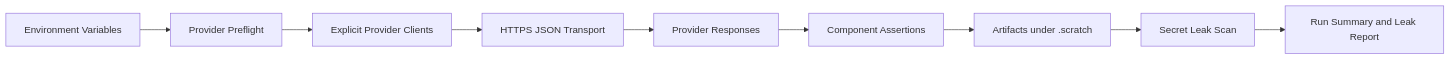
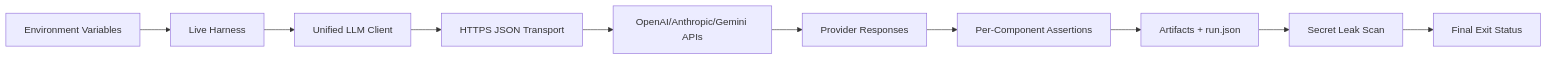
The fourth of 5 diagrams in docs/sprints/SPRINT-004-comprehensive-implementation-plan.md (jaytaylor/attractor-tcl), drawn with Mermaid before and after one commit. The commit also changed other lines of this file, not shown here.

Commit message:
docs: sync sprint 004 comprehensive plan to verified complete state

````diff
--- a/docs/sprints/SPRINT-004-comprehensive-implementation-plan.md
+++ b/docs/sprints/SPRINT-004-comprehensive-implementation-plan.md
@@ -1154,11 +1346,13 @@
 ```mermaid
+%% Source: .scratch/diagrams/sprint-004/implementation-plan/dataflow.mmd
 flowchart LR
-  ENV[Environment Variables] --> PREFLIGHT[Provider Preflight]
-  PREFLIGHT --> CLIENTS[Explicit Provider Clients]
-  CLIENTS --> HTTP[HTTPS JSON Transport]
-  HTTP --> RESP[Provider Responses]
-  RESP --> ASSERT[Component Assertions]
-  ASSERT --> ART[Artifacts under .scratch]
+  ENV[Environment Variables] --> HARNESS[Live Harness]
+  HARNESS --> CLIENT[Unified LLM Client]
+  CLIENT --> TRANSPORT[HTTPS JSON Transport]
+  TRANSPORT --> PROVIDERS[OpenAI/Anthropic/Gemini APIs]
+  PROVIDERS --> RESP[Provider Responses]
+  RESP --> ASSERT[Per-Component Assertions]
+  ASSERT --> ART[Artifacts + run.json]
   ART --> SCAN[Secret Leak Scan]
-  SCAN --> REPORT[Run Summary and Leak Report]
+  SCAN --> RESULT[Final Exit Status]
 ```
````
